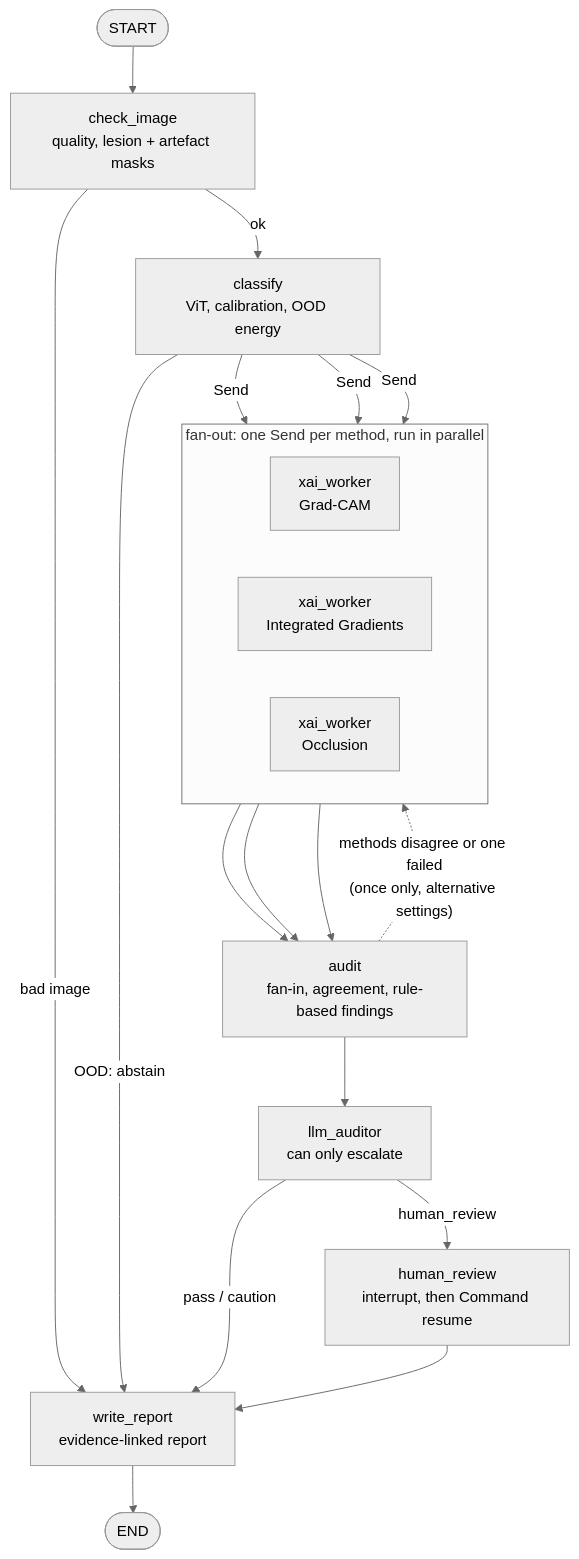
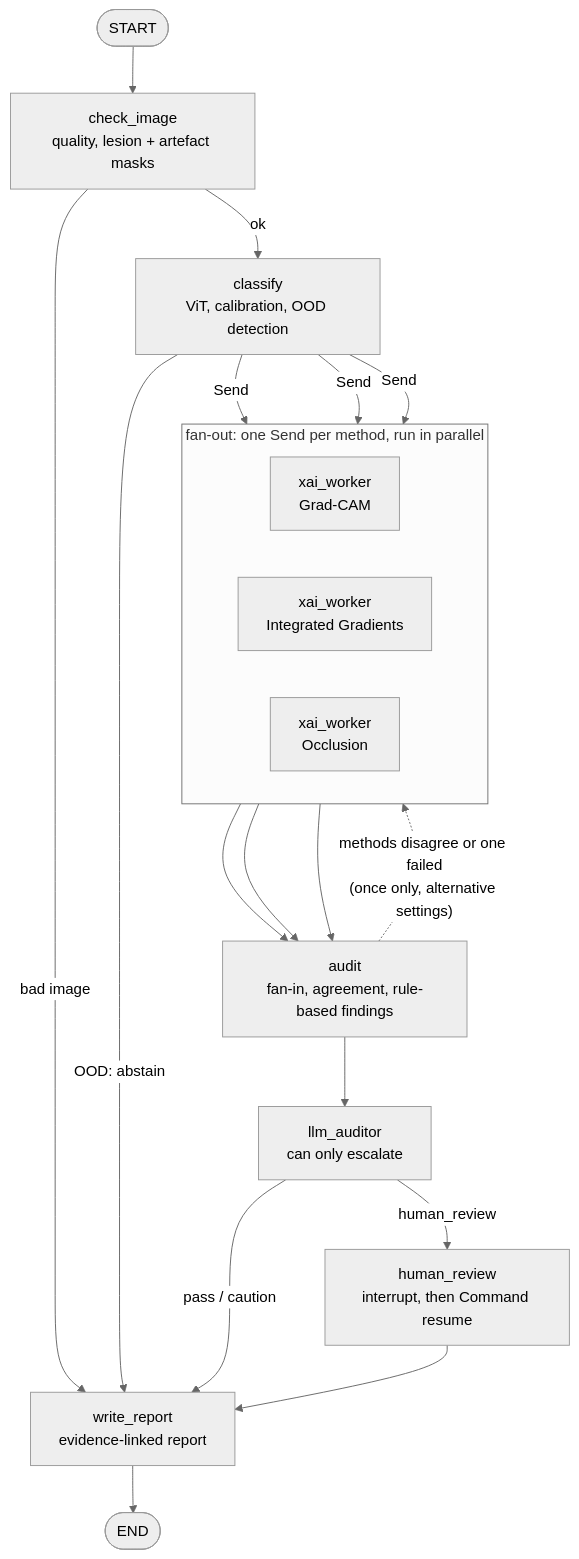
The diagram in README.md (HWhitworth95/MedAI), drawn with Mermaid (neutral theme) before and after one commit.

````diff
--- a/README.md
+++ b/README.md
@@ -9,33 +9,33 @@
 ```mermaid
 
 flowchart TD
   S([START]) --> CI["check_image<br/>quality, lesion + artefact masks"]
-  CI -- ok --> CL["classify<br/>ViT, calibration, OOD energy"]
+  CI -- ok --> CL["classify<br/>ViT, calibration, OOD detection"]
   CI -- "bad image" --> WR
   CL -- "OOD: abstain" --> WR
 
   subgraph FAN["fan-out: one Send per method, run in parallel"]
     direction LR
     G["xai_worker<br/>Grad-CAM"]
     IG["xai_worker<br/>Integrated Gradients"]
     OC["xai_worker<br/>Occlusion"]
   end
 
   CL -- Send --> G
   CL -- Send --> IG
   CL -- Send --> OC
 
   G --> AU
   IG --> AU
   OC --> AU
 
   AU["audit<br/>fan-in, agreement, rule-based findings"]
   AU -. "methods disagree or one failed<br/>(once only, alternative settings)" .-> FAN
   AU --> LLM["llm_auditor<br/>can only escalate"]
 
   LLM -- "human_review" --> HR["human_review<br/>interrupt, then Command resume"]
   LLM -- "pass / caution" --> WR
   HR --> WR["write_report<br/>evidence-linked report"]
   WR --> E([END])
 
 ```
````
